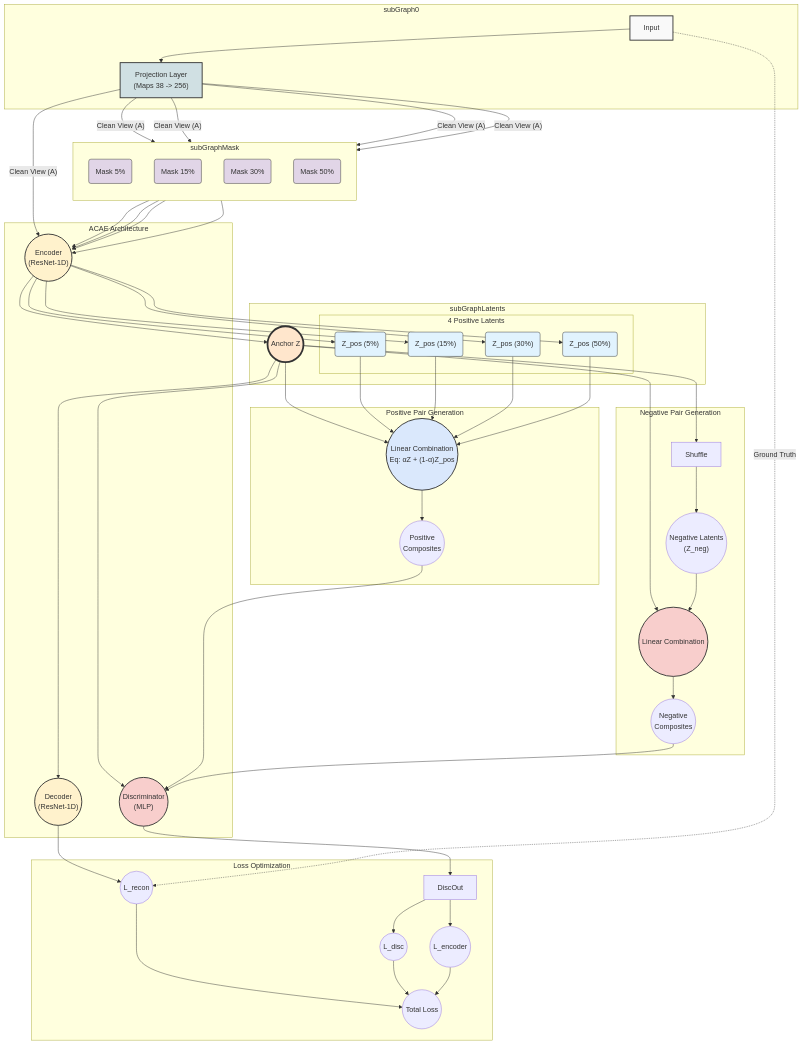
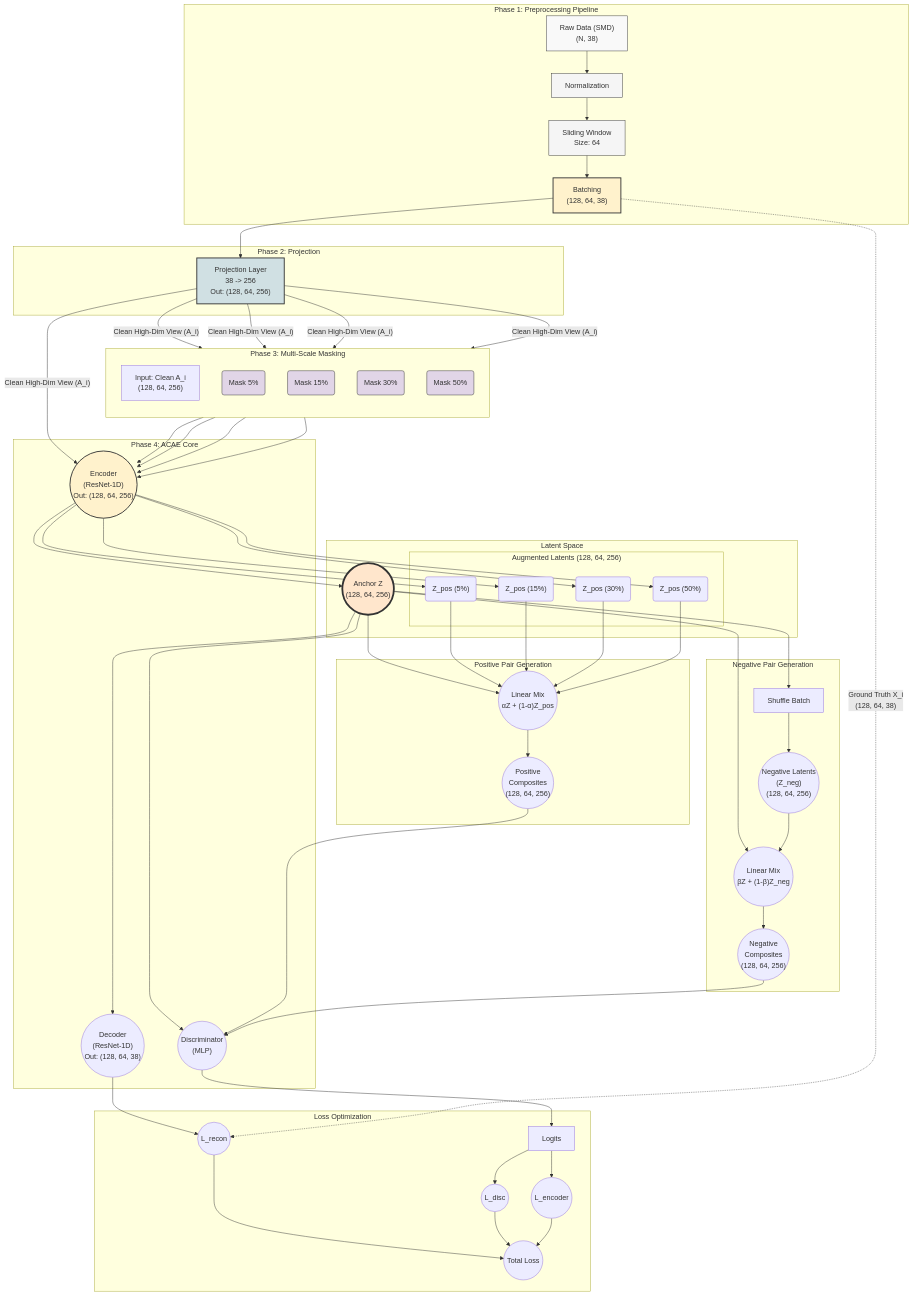
The diagram in model_architecture.md (se-queda/acae), drawn with Mermaid before and after one commit. The commit also changed other lines of this file, not shown here.

````diff
--- a/model_architecture.md
+++ b/model_architecture.md
@@ -1,32 +1,40 @@
 ```mermaid
 flowchart TD
- %% --- Data Preprocessing ---
- subgraph subGraph0
-    Input
-    Projection["Projection Layer<br>(Maps 38 -> 256)"]
+ %% --- Phase 1: Data Preprocessing (Before Model) ---
+ subgraph subGraphPrep["Phase 1: Preprocessing Pipeline"]
+    RawData["Raw Data (SMD)<br>(N, 38)"]
+    Norm["Normalization"]
+    Window["Sliding Window<br>Size: 64"]
+    Batch["Batching<br>(128, 64, 38)"]
  end
 
- %% --- Augmentation Module (Explicit Split) ---
- subgraph subGraphMask
+ %% --- Phase 2: Input Projection ---
+ subgraph subGraphProj["Phase 2: Projection"]
+    Projection["Projection Layer<br>38 -> 256<br>Out: (128, 64, 256)"]
+ end
+
+ %% --- Phase 3: Augmentation ---
+ subgraph subGraphMask["Phase 3: Multi-Scale Masking"]
     direction TB
+    noteMask["Input: Clean A_i<br>(128, 64, 256)"]
     M1("Mask 5%")
     M2("Mask 15%")
     M3("Mask 30%")
     M4("Mask 50%")
  end
 
- %% --- Core Model ---
- subgraph subGraphModel["ACAE Architecture"]
-    Encoder(("Encoder<br>(ResNet-1D)"))
-    Decoder(("Decoder<br>(ResNet-1D)"))
+ %% --- Phase 4: Core Model ---
+ subgraph subGraphModel["Phase 4: ACAE Core"]
+    Encoder(("Encoder<br>(ResNet-1D)<br>Out: (128, 64, 256)"))
+    Decoder(("Decoder<br>(ResNet-1D)<br>Out: (128, 64, 38)"))
     Discriminator(("Discriminator<br>(MLP)"))
  end
 
- %% --- Latent Space Expansion ---
- subgraph subGraphLatents
-    LatentZ(("Anchor Z"))
+ %% --- Latent Space ---
+ subgraph subGraphLatents["Latent Space"]
+    LatentZ(("Anchor Z<br>(128, 64, 256)"))
     
-    subgraph PosLatentGroup["4 Positive Latents"]
+    subgraph PosLatentGroup["Augmented Latents (128, 64, 256)"]
       Z1("Z_pos (5%)")
       Z2("Z_pos (15%)")
       Z3("Z_pos (30%)")
@@ -34,47 +42,50 @@
     end
  end
 
- %% --- Positive Pair Generation ---
+ %% --- Pair Generation ---
  subgraph subGraphPos["Positive Pair Generation"]
-        MixPos(("Linear Combination<br>Eq: αZ + (1-α)Z_pos"))
-        PosSamples(("Positive<br>Composites"))
+    MixPos(("Linear Mix<br>αZ + (1-α)Z_pos"))
+    PosSamples(("Positive<br>Composites<br>(128, 64, 256)"))
  end
 
- %% --- Negative Pair Generation ---
  subgraph subGraphNeg["Negative Pair Generation"]
-        Shuffle
-        NegLatents(("Negative Latents<br>(Z_neg)"))
-        MixNeg(("Linear Combination"))
-        NegSamples(("Negative<br>Composites"))
+    Shuffle["Shuffle Batch"]
+    NegLatents(("Negative Latents<br>(Z_neg)<br>(128, 64, 256)"))
+    MixNeg(("Linear Mix<br>βZ + (1-β)Z_neg"))
+    NegSamples(("Negative<br>Composites<br>(128, 64, 256)"))
  end
 
- %% --- Loss Calculation ---
+ %% --- Loss ---
  subgraph subGraphLoss["Loss Optimization"]
-        DiscOut
-        DL(("L_disc"))
-        EL(("L_encoder"))
-        ReconLoss(("L_recon"))
-        TL(("Total Loss"))
+    DiscOut["Logits"]
+    DL(("L_disc"))
+    EL(("L_encoder"))
+    ReconLoss(("L_recon"))
+    TL(("Total Loss"))
  end
 
-    %% 1. Input Flow
-    Input --> Projection
+    %% Flow Connections
+    %% 1. Preprocessing
+    RawData --> Norm --> Window --> Batch
     
-    %% 2. Split: Clean vs Masked Paths
-    Projection -- "Clean View (A)" --> Encoder
-    Projection -- "Clean View (A)" --> M1 & M2 & M3 & M4
+    %% 2. Projection
+    Batch --> Projection
     
-    %% 3. Masked Views into Encoder
+    %% 3. Split: Clean vs Masked
+    Projection -- "Clean High-Dim View (A_i)" --> Encoder
+    Projection -- "Clean High-Dim View (A_i)" --> M1 & M2 & M3 & M4
+    
+    %% 4. Masking
     M1 --> Encoder
     M2 --> Encoder
     M3 --> Encoder
     M4 --> Encoder
 
-    %% 4. Encoder Outputs (1 Anchor + 4 Positives)
+    %% 5. Encoder Outputs
     Encoder --> LatentZ
     Encoder --> Z1 & Z2 & Z3 & Z4
 
-    %% 5. Positive Mixing (All 5 vectors converge)
+    %% 6. Positive Mixing
     LatentZ --> MixPos
     Z1 --> MixPos
     Z2 --> MixPos
@@ -82,45 +93,40 @@
     Z4 --> MixPos
     MixPos --> PosSamples
 
-    %% 6. Negative Mixing
+    %% 7. Negative Mixing
     LatentZ --> Shuffle
+    Shuffle --> NegLatents
     LatentZ --> MixNeg
-    Shuffle --> NegLatents
     NegLatents --> MixNeg
     MixNeg --> NegSamples
 
-    %% 7. Discriminator (Needs Anchor + Composites)
+    %% 8. Discriminator
     LatentZ --> Discriminator
     PosSamples --> Discriminator
     NegSamples --> Discriminator
     Discriminator --> DiscOut
 
-    %% 8. Reconstruction
+    %% 9. Reconstruction
     LatentZ --> Decoder
     Decoder --> ReconLoss
-    Input -. "Ground Truth".-> ReconLoss
+    Batch -. "Ground Truth X_i<br>(128, 64, 38)".-> ReconLoss
 
-    %% 9. Loss Aggregation
+    %% 10. Loss Aggregation
     DiscOut --> DL & EL
     ReconLoss --> TL
     DL --> TL
     EL --> TL
 
     %% Styling
-    style Input fill:#f9f9f9,stroke:#333,stroke-width:2px
+    style RawData fill:#f9f9f9,stroke:#333
+    style Norm fill:#f5f5f5,stroke:#333
+    style Window fill:#f5f5f5,stroke:#333
+    style Batch fill:#fff2cc,stroke:#333,stroke-width:2px
     style Projection fill:#d0e0e3,stroke:#333,stroke-width:2px
     style M1 fill:#e1d5e7,stroke:#333
     style M2 fill:#e1d5e7,stroke:#333
     style M3 fill:#e1d5e7,stroke:#333
     style M4 fill:#e1d5e7,stroke:#333
     style Encoder fill:#fff2cc,stroke:#333,stroke-width:2px
-    style Decoder fill:#fff2cc,stroke:#333,stroke-width:2px
-    style Discriminator fill:#f8cecc,stroke:#333,stroke-width:2px
     style LatentZ fill:#ffe6cc,stroke:#333,stroke-width:4px
-    style Z1 fill:#e1f3fe,stroke:#333
-    style Z2 fill:#e1f3fe,stroke:#333
-    style Z3 fill:#e1f3fe,stroke:#333
-    style Z4 fill:#e1f3fe,stroke:#333
-    style MixPos fill:#dae8fc,stroke:#333,stroke-width:2px
-    style MixNeg fill:#f8cecc,stroke:#333,stroke-width:2px
 ```
````
